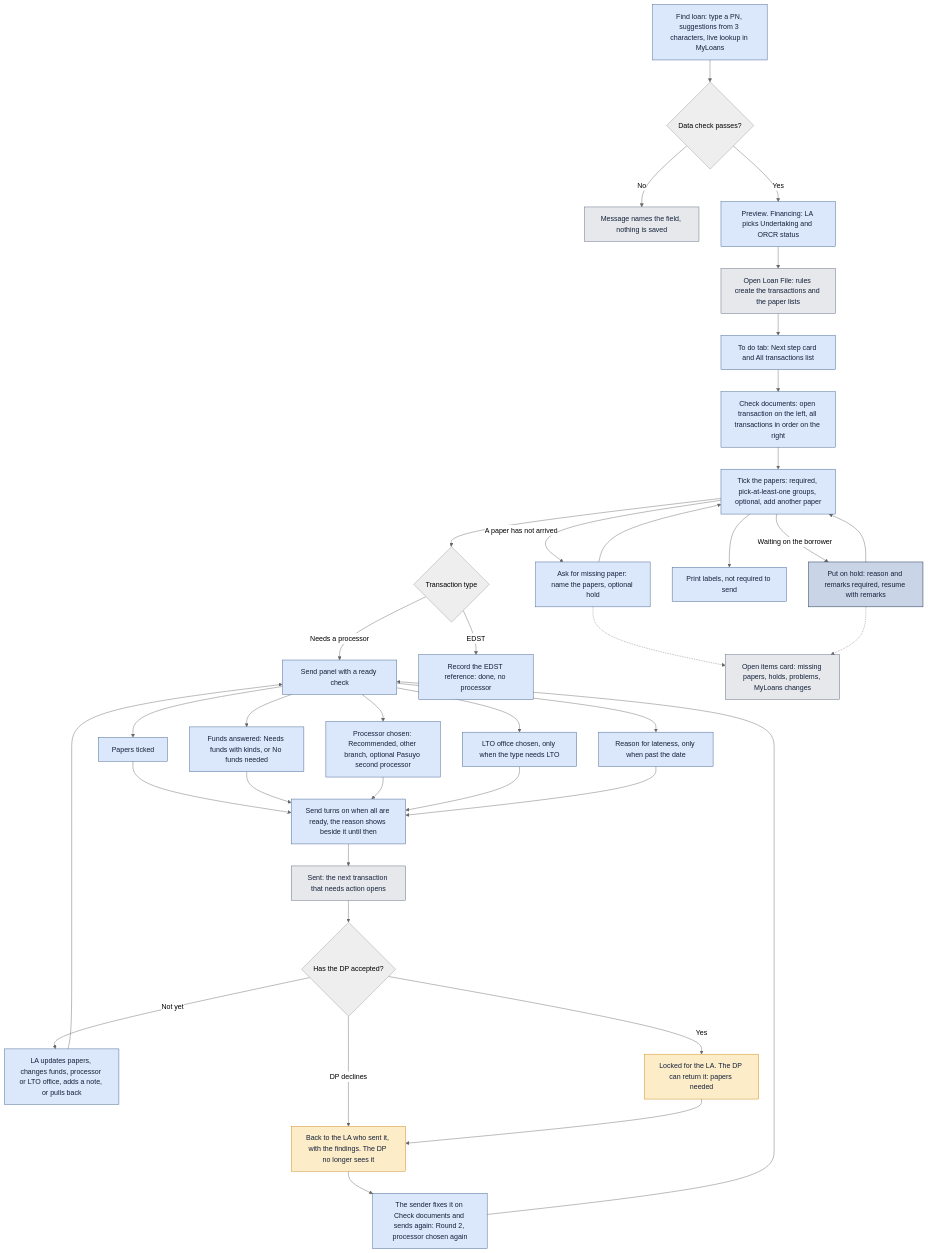
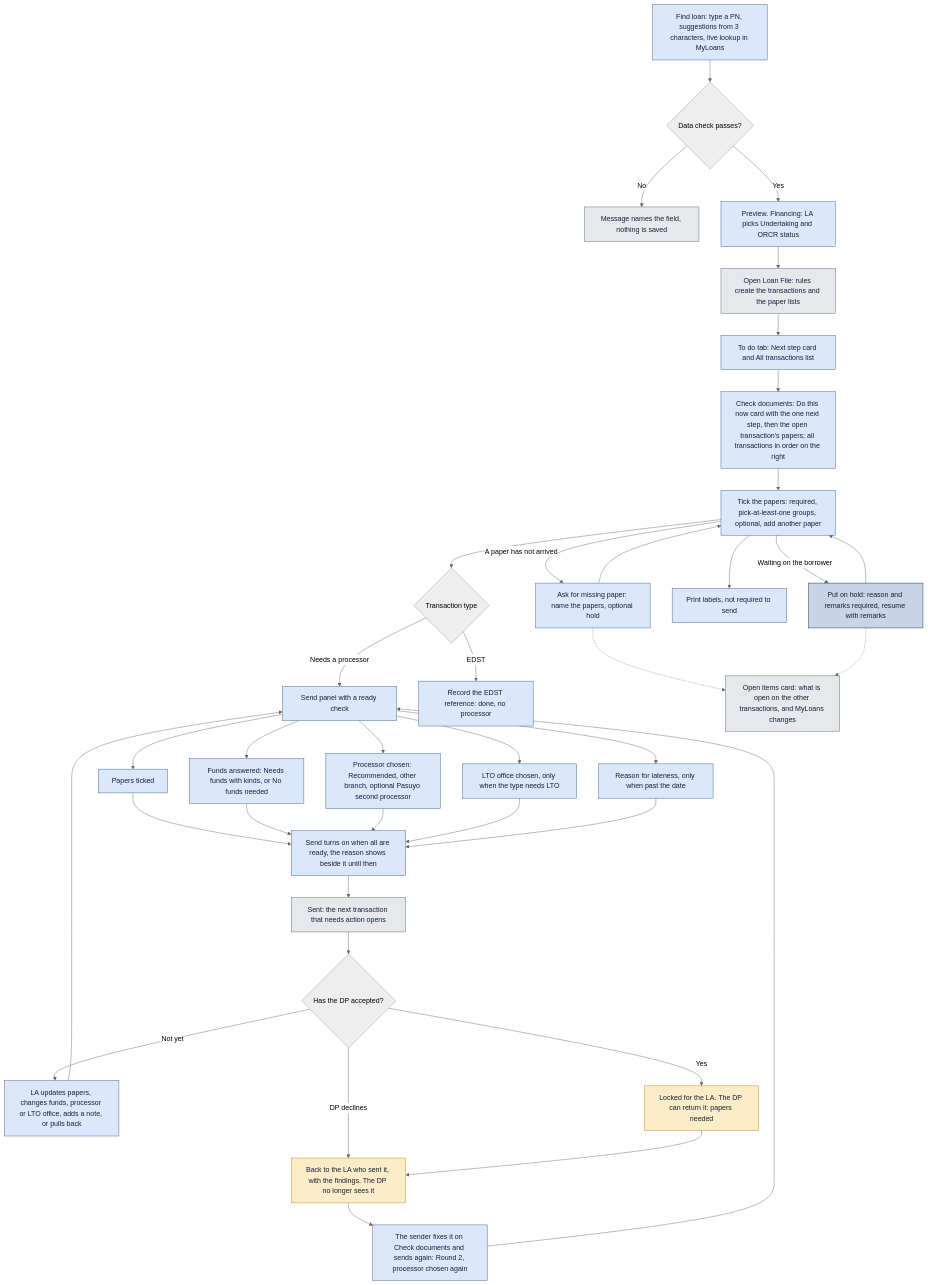
One commit to MewinDev/gdfi-dms changed the diagram in docs/workflow/03-loan-associate.md. Above: the diagram before and after it, drawn with Mermaid (neutral theme). The commit also changed other lines of this file and 112 other files, not shown here.

````diff
--- a/docs/workflow/03-loan-associate.md
+++ b/docs/workflow/03-loan-associate.md
@@ -9,45 +9,45 @@
 ```mermaid
 flowchart TD
   A1["Find loan: type a PN, suggestions from 3 characters, live lookup in MyLoans"]:::la
   A1 --> A2{"Data check passes?"}
   A2 -->|No| A2b["Message names the field, nothing is saved"]:::sys
   A2 -->|Yes| A3["Preview. Financing: LA picks Undertaking and ORCR status"]:::la
   A3 --> A4["Open Loan File: rules create the transactions and the paper lists"]:::sys
   A4 --> A5["To do tab: Next step card and All transactions list"]:::la
-  A5 --> B1["Check documents: open transaction on the left, all transactions in order on the right"]:::la
+  A5 --> B1["Check documents: Do this now card with the one next step, then the open transaction's papers; all transactions in order on the right"]:::la
   B1 --> B2["Tick the papers: required, pick-at-least-one groups, optional, add another paper"]:::la
   B2 -->|"A paper has not arrived"| B3["Ask for missing paper: name the papers, optional hold"]:::la
   B3 --> B2
   B2 -->|"Waiting on the borrower"| B4["Put on hold: reason and remarks required, resume with remarks"]:::hold
   B4 --> B2
   B2 --> B5["Print labels, not required to send"]:::la
   B2 --> B6{"Transaction type"}
   B6 -->|"Needs a processor"| C1["Send panel with a ready check"]:::la
   B6 -->|EDST| B7["Record the EDST reference: done, no processor"]:::la
   C1 --> C2["Papers ticked"]:::la
   C1 --> C3["Funds answered: Needs funds with kinds, or No funds needed"]:::la
   C1 --> C4["Processor chosen: Recommended, other branch, optional Pasuyo second processor"]:::la
   C1 --> C5["LTO office chosen, only when the type needs LTO"]:::la
   C1 --> C6["Reason for lateness, only when past the date"]:::la
   C2 --> C7["Send turns on when all are ready, the reason shows beside it until then"]:::la
   C3 --> C7
   C4 --> C7
   C5 --> C7
   C6 --> C7
   C7 --> C8["Sent: the next transaction that needs action opens"]:::sys
   C8 --> D1{"Has the DP accepted?"}
   D1 -->|"Not yet"| D2["LA updates papers, changes funds, processor or LTO office, adds a note, or pulls back"]:::la
   D2 --> C1
   D1 -->|Yes| D3["Locked for the LA. The DP can return it: papers needed"]:::dp
   D1 -->|"DP declines"| D4["Back to the LA who sent it, with the findings. The DP no longer sees it"]:::dp
   D3 --> D4
   D4 --> D5["The sender fixes it on Check documents and sends again: Round 2, processor chosen again"]:::la
   D5 --> C1
-  O["Open items card: missing papers, holds, problems, MyLoans changes"]:::sys
+  O["Open items card: what is open on the other transactions, and MyLoans changes"]:::sys
   B3 -.-> O
   B4 -.-> O
   classDef la fill:#dbe8fb,stroke:#3b5a8a,color:#14213a
   classDef dp fill:#fdecc8,stroke:#c98512,color:#14213a
   classDef sys fill:#e6e8ec,stroke:#56627a,color:#14213a
   classDef hold fill:#c9d4e6,stroke:#0c2340,color:#14213a
 ```
````
